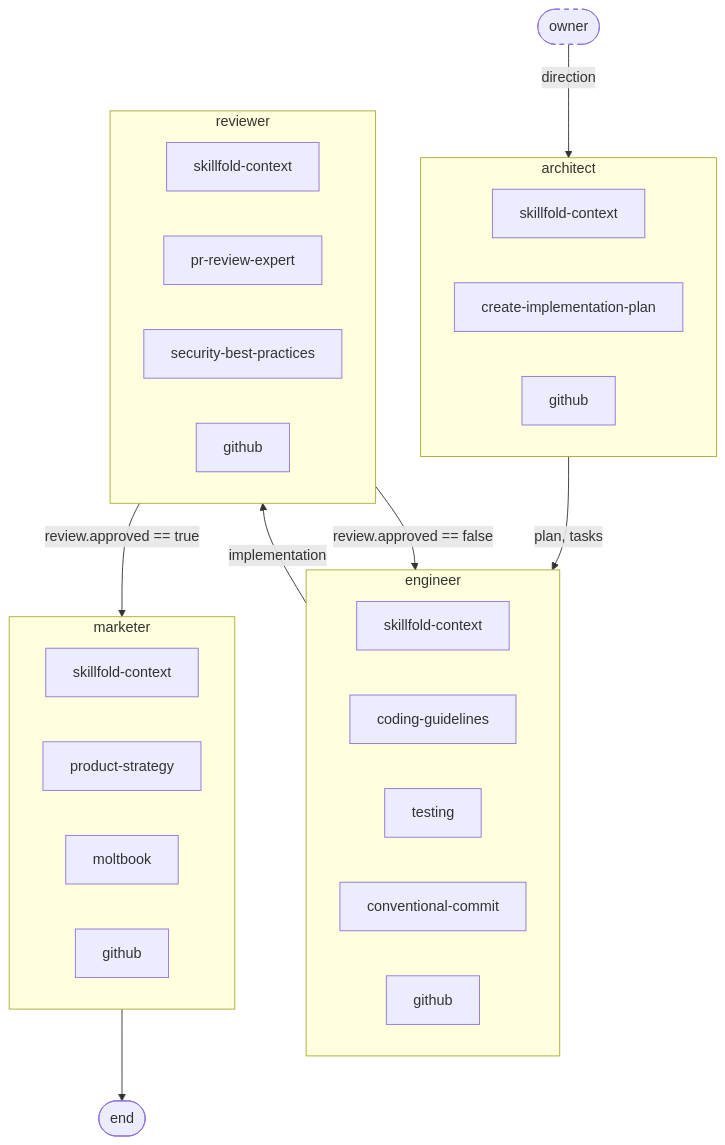
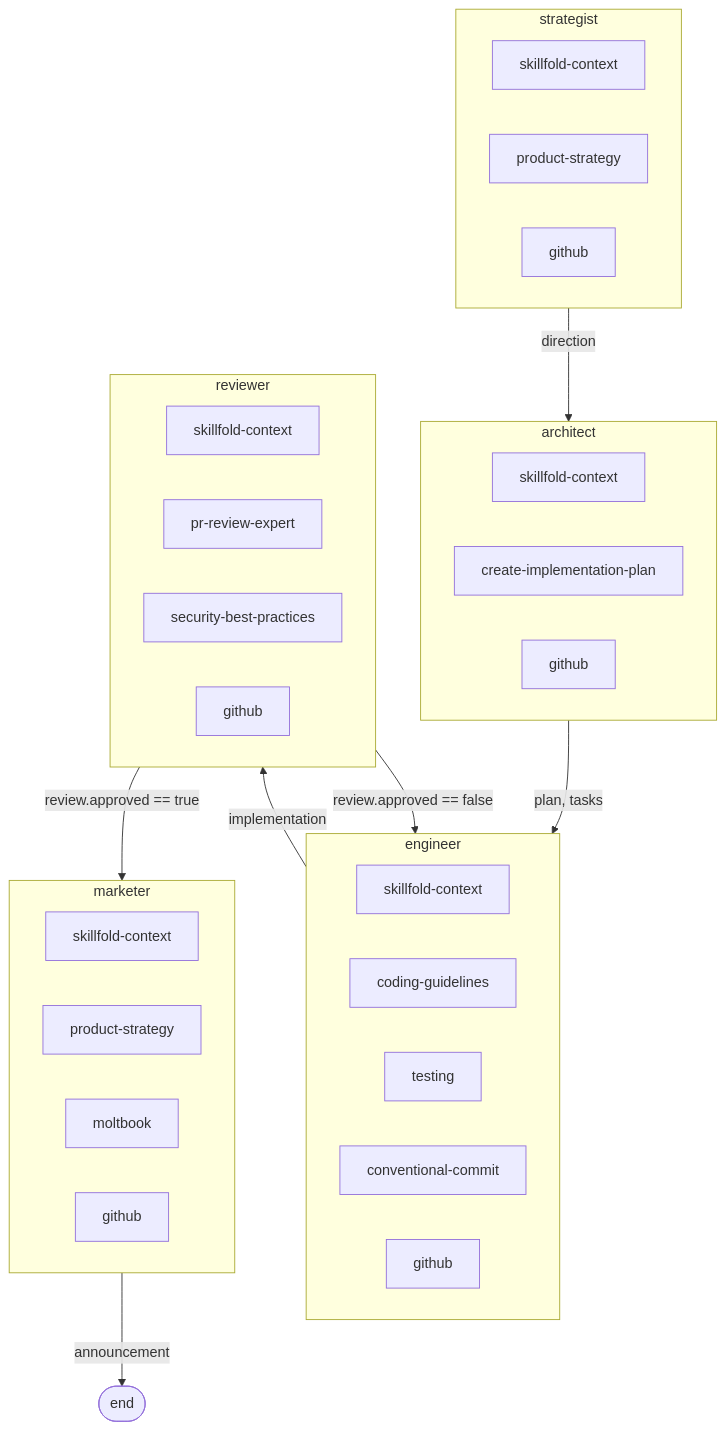
One commit to byronxlg/skillfold changed the third of 3 diagrams in README.md. Above: the diagram before and after it, drawn with Mermaid. The commit also changed other lines of this file, not shown here.

First line of the commit message:
fix: update stale Mermaid diagrams in README (#374)

````diff
--- a/README.md
+++ b/README.md
@@ -445,35 +448,38 @@
 ```mermaid
 graph TD
-    owner([owner]):::async
-    owner -->|"direction"| architect
+    subgraph strategist
+        strategist_skillfold_context["skillfold-context"]
+        strategist_product_strategy["product-strategy"]
+        strategist_github["github"]
+    end
+    strategist -->|"direction"| architect
     subgraph architect
         architect_skillfold_context["skillfold-context"]
         architect_create_implementation_plan["create-implementation-plan"]
         architect_github["github"]
     end
     architect -->|"plan, tasks"| engineer
     subgraph engineer
         engineer_skillfold_context["skillfold-context"]
         engineer_coding_guidelines["coding-guidelines"]
         engineer_testing["testing"]
         engineer_conventional_commit["conventional-commit"]
         engineer_github["github"]
     end
     engineer -->|"implementation"| reviewer
     subgraph reviewer
         reviewer_skillfold_context["skillfold-context"]
         reviewer_pr_review_expert["pr-review-expert"]
         reviewer_security_best_practices["security-best-practices"]
         reviewer_github["github"]
     end
     reviewer -->|"review.approved == false"| engineer
     reviewer -->|"review.approved == true"| marketer
     subgraph marketer
         marketer_skillfold_context["skillfold-context"]
         marketer_product_strategy["product-strategy"]
         marketer_moltbook["moltbook"]
         marketer_github["github"]
     end
-    marketer --> end_node([end])
-    classDef async stroke-dasharray: 5 5
+    marketer -->|"announcement"| end_node([end])
 ```
````
